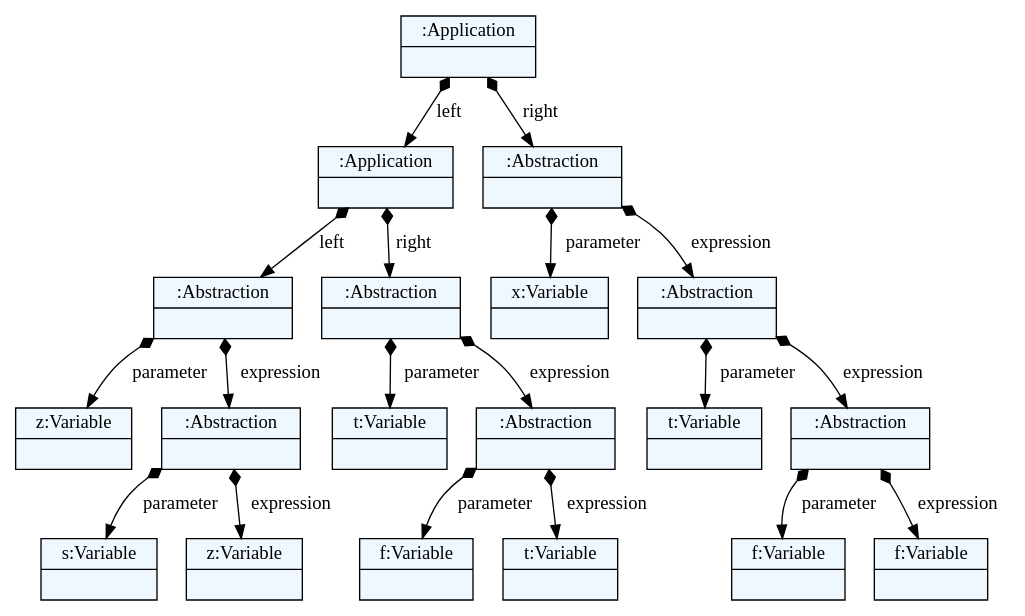
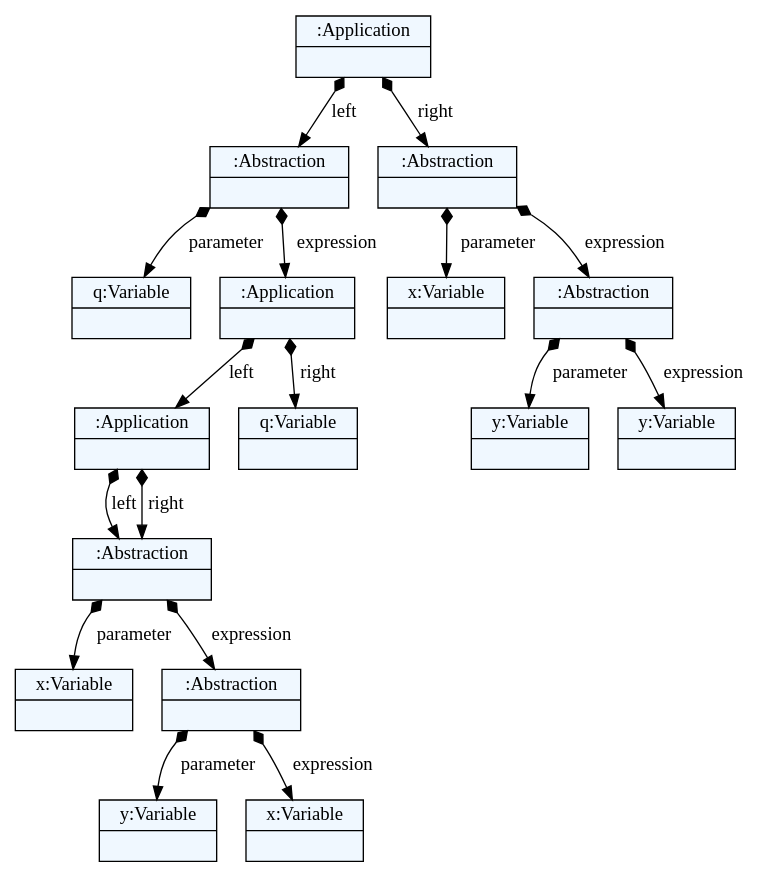
Before and after one commit to pavleglusac/lambda-calculus: the diagram in language/models/model1.dot, drawn with Graphviz. The commit also changed 22 other files, not shown here.

```diff
--- a/language/models/model1.dot
+++ b/language/models/model1.dot
@@ -1,52 +1,47 @@
 
     digraph textX {
     fontname = "Bitstream Vera Sans"
     fontsize = 8
     node[
         shape=record,
         style=filled,
         fillcolor=aliceblue
     ]
     nodesep = 0.3
     edge[dir=black,arrowtail=empty]
 
 
-1953379349504 -> 1953379349552 [label="left" arrowtail=diamond dir=both]
-1953379349552 -> 1953379351376 [label="left" arrowtail=diamond dir=both]
-1953379351376 -> 1953379351472 [label="parameter" arrowtail=diamond dir=both]
-1953379351472[label="{z:Variable|}"]
-1953379351376 -> 1953379352000 [label="expression" arrowtail=diamond dir=both]
-1953379352000 -> 1953379344608 [label="parameter" arrowtail=diamond dir=both]
-1953379344608[label="{s:Variable|}"]
-1953379352000 -> 1953379344656 [label="expression" arrowtail=diamond dir=both]
-1953379344656[label="{z:Variable|}"]
-1953379352000[label="{:Abstraction|}"]
-1953379351376[label="{:Abstraction|}"]
-1953379349552 -> 1953379349408 [label="right" arrowtail=diamond dir=both]
-1953379349408 -> 1953379351760 [label="parameter" arrowtail=diamond dir=both]
-1953379351760[label="{t:Variable|}"]
-1953379349408 -> 1953379352144 [label="expression" arrowtail=diamond dir=both]
-1953379352144 -> 1953379349312 [label="parameter" arrowtail=diamond dir=both]
-1953379349312[label="{f:Variable|}"]
-1953379352144 -> 1953379352240 [label="expression" arrowtail=diamond dir=both]
-1953379352240[label="{t:Variable|}"]
-1953379352144[label="{:Abstraction|}"]
-1953379349408[label="{:Abstraction|}"]
-1953379349552[label="{:Application|}"]
-1953379349504 -> 1953379352192 [label="right" arrowtail=diamond dir=both]
-1953379352192 -> 1953379349792 [label="parameter" arrowtail=diamond dir=both]
-1953379349792[label="{x:Variable|}"]
-1953379352192 -> 1953379349456 [label="expression" arrowtail=diamond dir=both]
-1953379349456 -> 1953379344272 [label="parameter" arrowtail=diamond dir=both]
-1953379344272[label="{t:Variable|}"]
-1953379349456 -> 1953379352096 [label="expression" arrowtail=diamond dir=both]
-1953379352096 -> 1953379345040 [label="parameter" arrowtail=diamond dir=both]
-1953379345040[label="{f:Variable|}"]
-1953379352096 -> 1953379352048 [label="expression" arrowtail=diamond dir=both]
-1953379352048[label="{f:Variable|}"]
-1953379352096[label="{:Abstraction|}"]
-1953379349456[label="{:Abstraction|}"]
-1953379352192[label="{:Abstraction|}"]
-1953379349504[label="{:Application|}"]
+2196313704240 -> 2196317559392 [label="left" arrowtail=diamond dir=both]
+2196317559392 -> 2196317560064 [label="parameter" arrowtail=diamond dir=both]
+2196317560064[label="{q:Variable|}"]
+2196317559392 -> 2196317557184 [label="expression" arrowtail=diamond dir=both]
+2196317557184 -> 2196317557232 [label="left" arrowtail=diamond dir=both]
+2196317557232 -> 2196304419088 [label="left" arrowtail=diamond dir=both]
+2196304419088 -> 2196317559920 [label="parameter" arrowtail=diamond dir=both]
+2196317559920[label="{x:Variable|}"]
+2196304419088 -> 2196317557664 [label="expression" arrowtail=diamond dir=both]
+2196317557664 -> 2196317558096 [label="parameter" arrowtail=diamond dir=both]
+2196317558096[label="{y:Variable|}"]
+2196317557664 -> 2196317559008 [label="expression" arrowtail=diamond dir=both]
+2196317559008[label="{x:Variable|}"]
+2196317557664[label="{:Abstraction|}"]
+2196304419088[label="{:Abstraction|}"]
+2196317557232 -> 2196304419088 [label="right" arrowtail=diamond dir=both]
+2196317557232[label="{:Application|}"]
+2196317557184 -> 2196317558384 [label="right" arrowtail=diamond dir=both]
+2196317558384[label="{q:Variable|}"]
+2196317557184[label="{:Application|}"]
+2196317559392[label="{:Abstraction|}"]
+2196313704240 -> 2196317557472 [label="right" arrowtail=diamond dir=both]
+2196317557472 -> 2196317559728 [label="parameter" arrowtail=diamond dir=both]
+2196317559728[label="{x:Variable|}"]
+2196317557472 -> 2196317559344 [label="expression" arrowtail=diamond dir=both]
+2196317559344 -> 2196317557760 [label="parameter" arrowtail=diamond dir=both]
+2196317557760[label="{y:Variable|}"]
+2196317559344 -> 2196317560592 [label="expression" arrowtail=diamond dir=both]
+2196317560592[label="{y:Variable|}"]
+2196317559344[label="{:Abstraction|}"]
+2196317557472[label="{:Abstraction|}"]
+2196313704240[label="{:Application|}"]
 
 }
```
